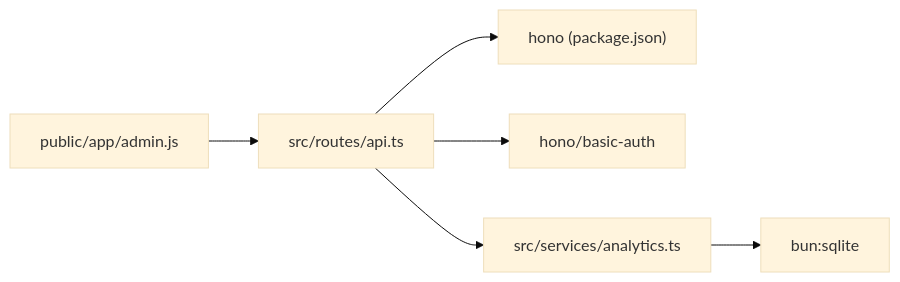
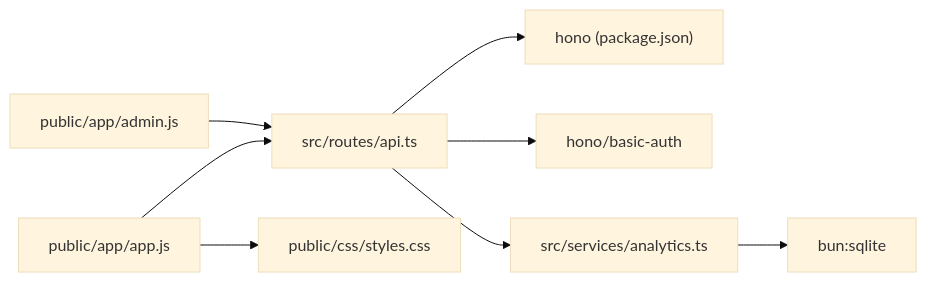
Before and after one commit to dkoukoul/kpop-random-dance-generator: the third of 3 diagrams in .qoder/repowiki/en/content/API Reference/Analytics API.md, drawn with Mermaid (base theme). The commit also changed other lines of this file and 3 other files, not shown here.

````diff
--- a/.qoder/repowiki/en/content/API Reference/Analytics API.md
+++ b/.qoder/repowiki/en/content/API Reference/Analytics API.md
@@ -229,8 +330,10 @@
 ```mermaid
 graph LR
 API_TS["src/routes/api.ts"] --> HONO["hono (package.json)"]
 API_TS --> BASIC_AUTH["hono/basic-auth"]
 API_TS --> ANALYTICS_TS["src/services/analytics.ts"]
 ANALYTICS_TS --> SQLITE["bun:sqlite"]
 ADMIN_JS["public/app/admin.js"] --> API_TS
+APP_JS["public/app/app.js"] --> API_TS
+APP_JS --> STYLES_CSS["public/css/styles.css"]
 ```
````
